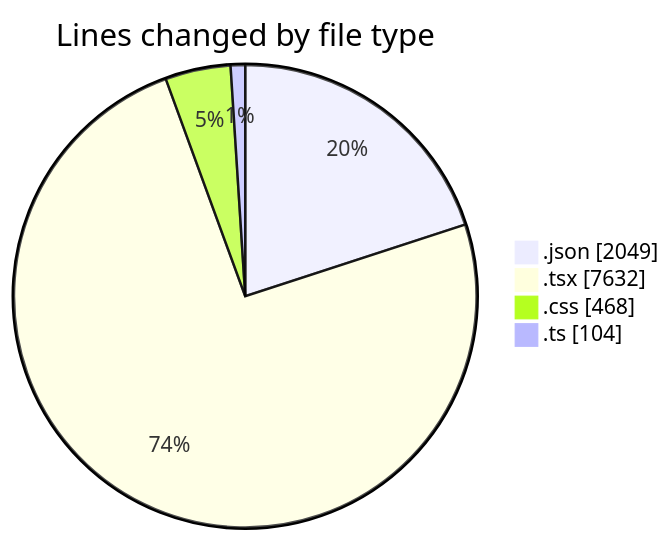
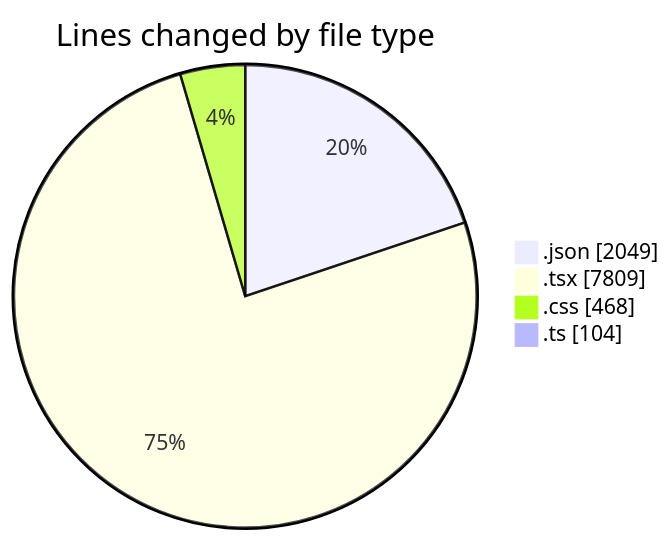
One commit to EIIisD/code-tracking changed the first of 2 diagrams in 2025-08-14/ribbon/README.md. Above: the diagram before and after it, drawn with Mermaid. The commit also changed other lines of this file and 1 other file, not shown here.

````diff
--- a/2025-08-14/ribbon/README.md
+++ b/2025-08-14/ribbon/README.md
@@ -31,8 +33,8 @@
 ```mermaid
 pie showData
 title Lines changed by file type
 ".json" : 2049
-".tsx" : 7632
+".tsx" : 7809
 ".css" : 468
 ".ts" : 104
 ```
````
